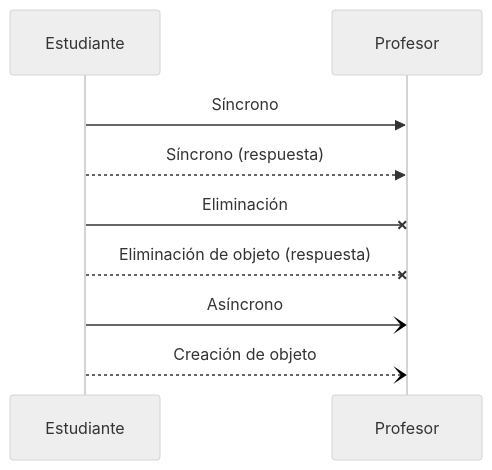
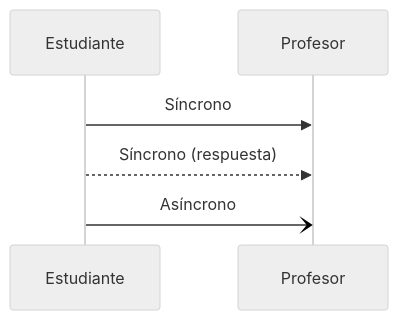
Before and after one commit to gerardfp/uml: the eighth of 13 diagrams in README.md, drawn with Mermaid (neutral theme).

````diff
--- a/README.md
+++ b/README.md
@@ -159,9 +159,6 @@
 ```mermaid
 sequenceDiagram
   Estudiante ->> Profesor: Síncrono
   Estudiante -->> Profesor: Síncrono (respuesta)
-  Estudiante -x Profesor: Eliminación 
-  Estudiante --x Profesor: Eliminación de objeto (respuesta)
   Estudiante -) Profesor: Asíncrono
-  Estudiante --) Profesor: Creación de objeto
 ```
````
